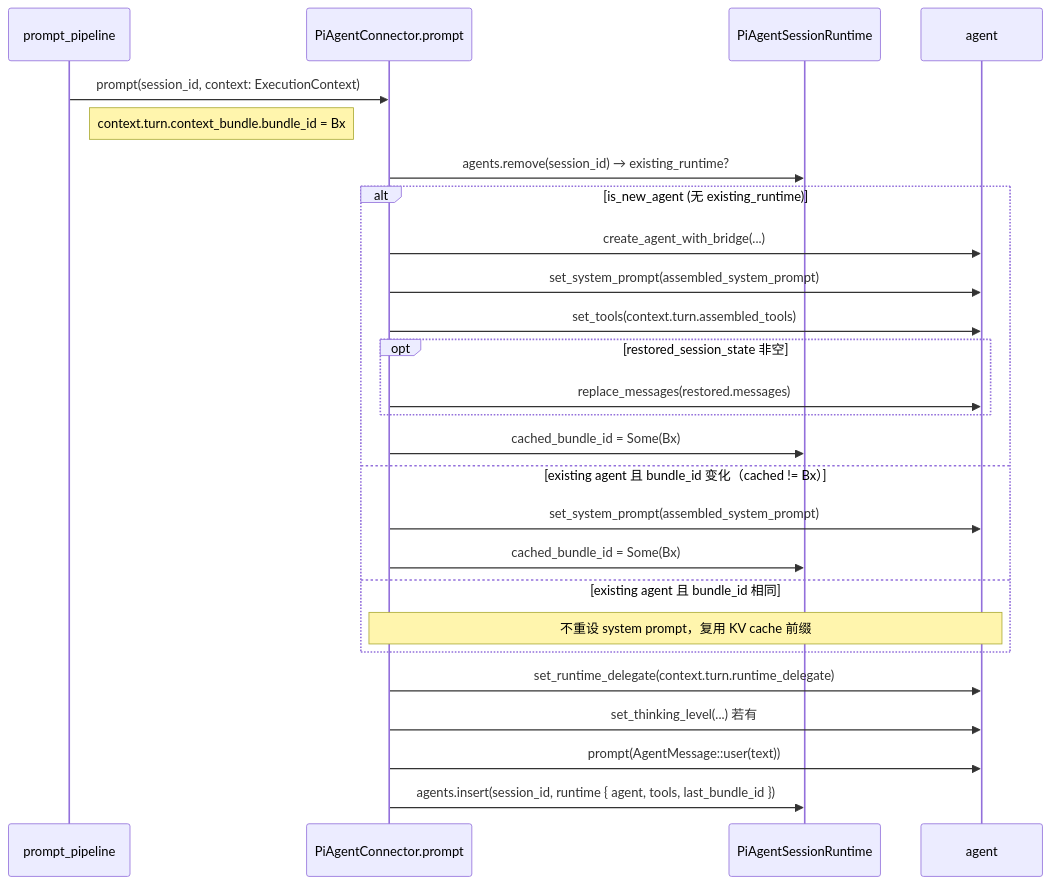
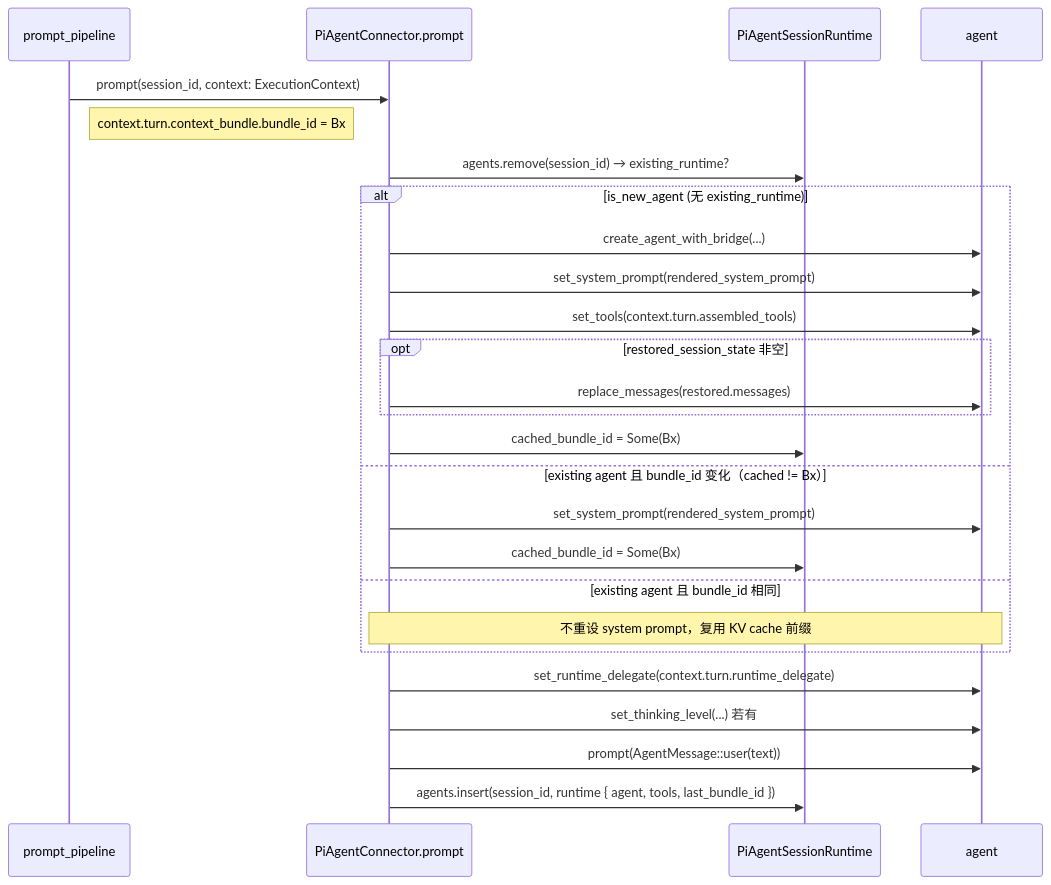
The diagram in .trellis/spec/backend/session/execution-context-frames.md (syan2018/AgentDash), drawn with Mermaid before and after one commit. The commit also changed other lines of this file and 52 other files, not shown here.

````diff
--- a/.trellis/spec/backend/session/execution-context-frames.md
+++ b/.trellis/spec/backend/session/execution-context-frames.md
@@ -216,29 +212,29 @@
 ```mermaid
 sequenceDiagram
     participant Hub as prompt_pipeline
     participant Conn as PiAgentConnector.prompt
     participant Runtime as PiAgentSessionRuntime
     participant Agent as agent
 
     Hub->>Conn: prompt(session_id, context: ExecutionContext)
     Note right of Hub: context.turn.context_bundle.bundle_id = Bx
     Conn->>Runtime: agents.remove(session_id) → existing_runtime?
     alt is_new_agent (无 existing_runtime)
         Conn->>Agent: create_agent_with_bridge(...)
-        Conn->>Agent: set_system_prompt(assembled_system_prompt)
+        Conn->>Agent: set_system_prompt(rendered_system_prompt)
         Conn->>Agent: set_tools(context.turn.assembled_tools)
         opt restored_session_state 非空
             Conn->>Agent: replace_messages(restored.messages)
         end
         Conn->>Runtime: cached_bundle_id = Some(Bx)
     else existing agent 且 bundle_id 变化（cached != Bx）
-        Conn->>Agent: set_system_prompt(assembled_system_prompt)
+        Conn->>Agent: set_system_prompt(rendered_system_prompt)
         Conn->>Runtime: cached_bundle_id = Some(Bx)
     else existing agent 且 bundle_id 相同
         Note over Conn,Agent: 不重设 system prompt，复用 KV cache 前缀
     end
     Conn->>Agent: set_runtime_delegate(context.turn.runtime_delegate)
     Conn->>Agent: set_thinking_level(...) 若有
     Conn->>Agent: prompt(AgentMessage::user(text))
     Conn->>Runtime: agents.insert(session_id, runtime { agent, tools, last_bundle_id })
 ```
````
